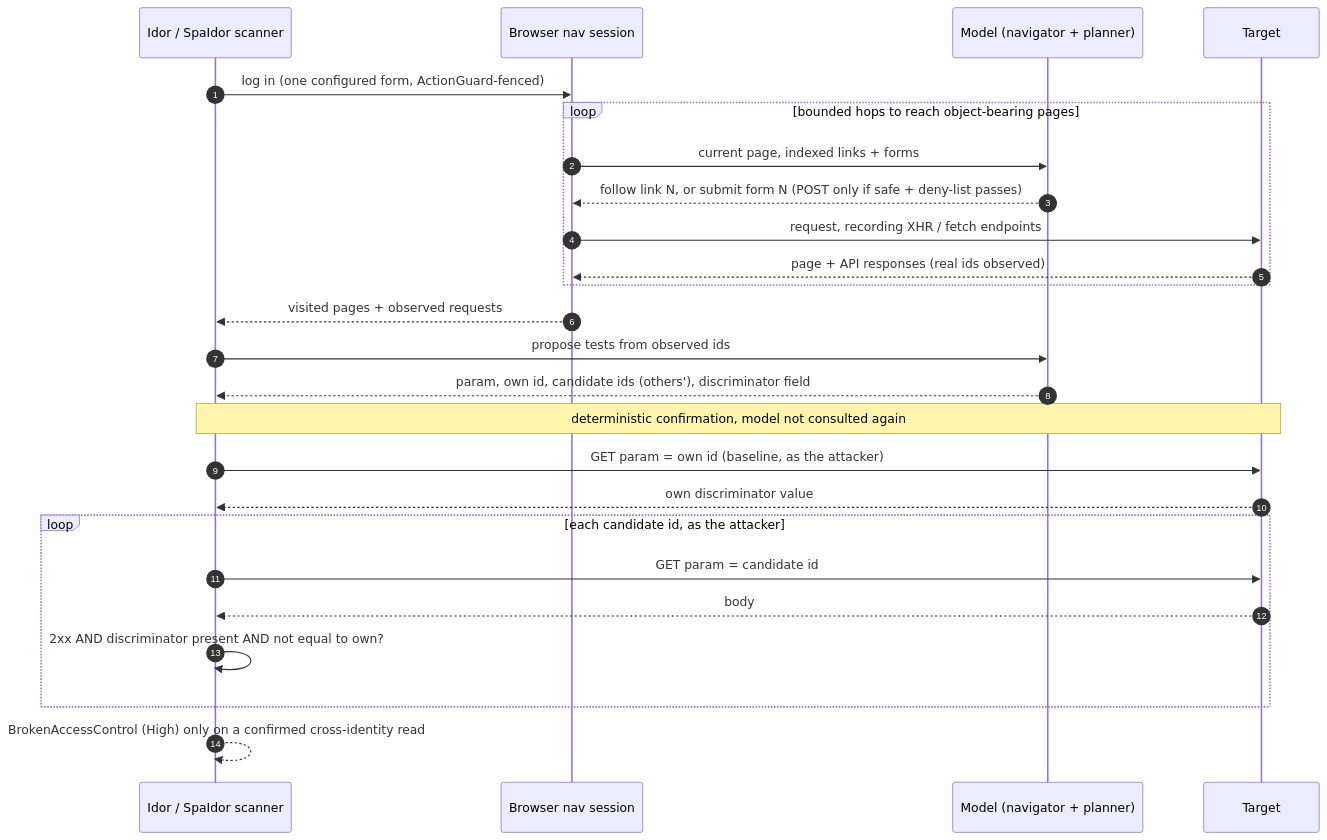
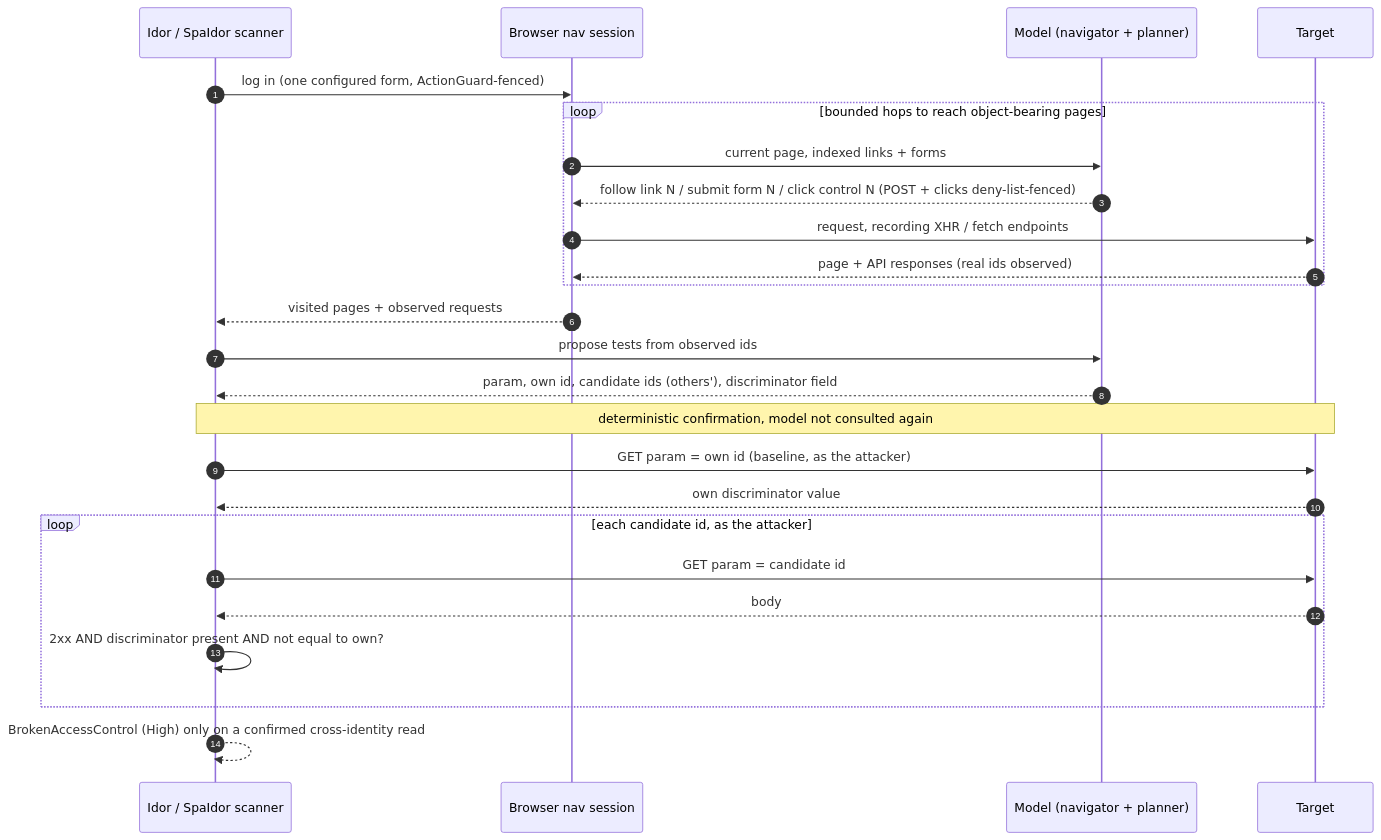
The eighth of 8 diagrams in README.md (haruhiko-nishi-asd/pekko-dast), drawn with Mermaid before and after one commit. The commit also changed other lines of this file and 20 other files, not shown here.

````diff
--- a/README.md
+++ b/README.md
@@ -249,27 +249,27 @@
 ```mermaid
 sequenceDiagram
     autonumber
     participant S as Idor / SpaIdor scanner
     participant B as Browser nav session
     participant M as Model (navigator + planner)
     participant T as Target
     S->>B: log in (one configured form, ActionGuard-fenced)
     loop bounded hops to reach object-bearing pages
         B->>M: current page, indexed links + forms
-        M-->>B: follow link N, or submit form N (POST only if safe + deny-list passes)
+        M-->>B: follow link N / submit form N / click control N (POST + clicks deny-list-fenced)
         B->>T: request, recording XHR / fetch endpoints
         T-->>B: page + API responses (real ids observed)
     end
     B-->>S: visited pages + observed requests
     S->>M: propose tests from observed ids
     M-->>S: param, own id, candidate ids (others'), discriminator field
     Note over S,T: deterministic confirmation, model not consulted again
     S->>T: GET param = own id (baseline, as the attacker)
     T-->>S: own discriminator value
     loop each candidate id, as the attacker
         S->>T: GET param = candidate id
         T-->>S: body
         S->>S: 2xx AND discriminator present AND not equal to own?
     end
     S-->>S: BrokenAccessControl (High) only on a confirmed cross-identity read
 ```
````
